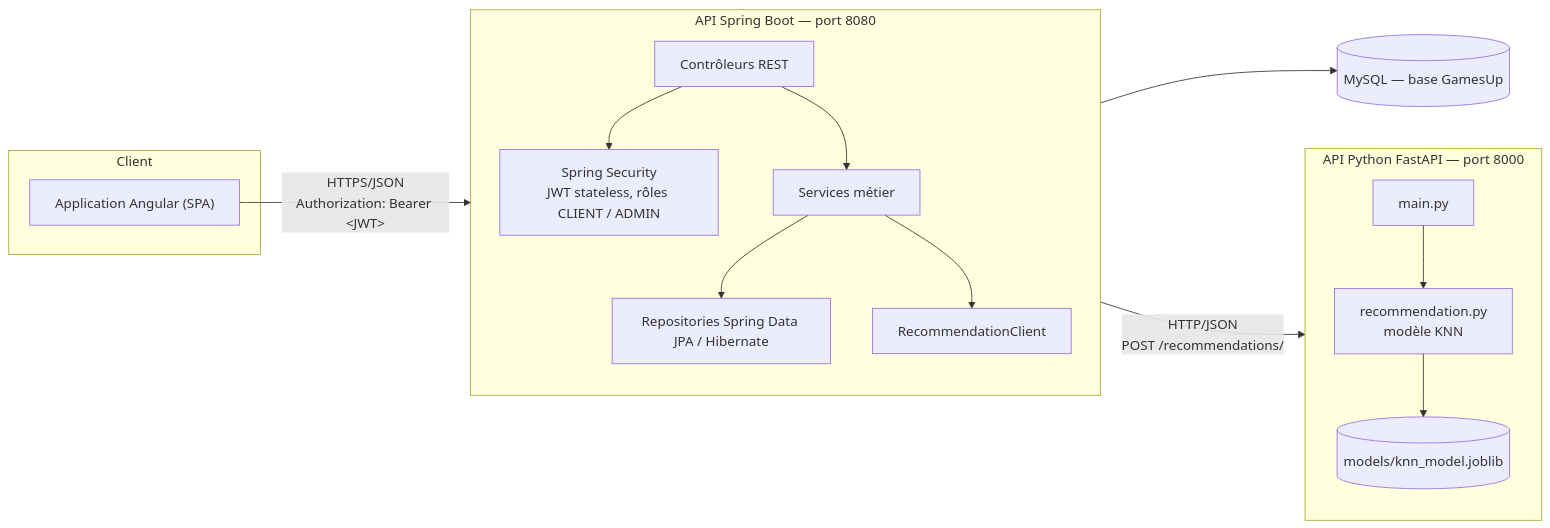
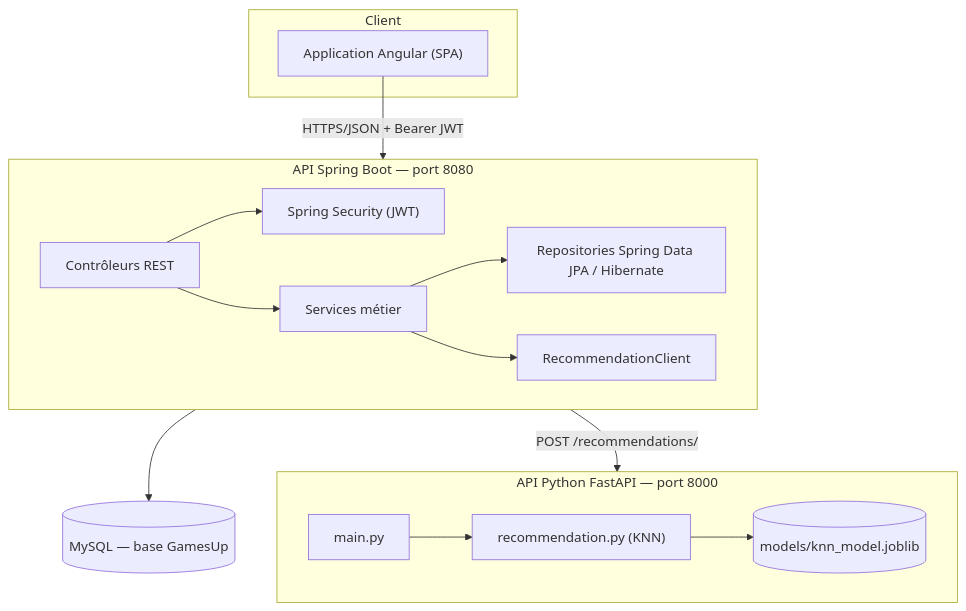
Before and after one commit to Sanbye/gamesup-etude-de-cas: the first of 5 diagrams in docs/06-documentation-finale.md, drawn with Mermaid. The commit also changed other lines of this file and 6 other files, not shown here.

````diff
--- a/docs/06-documentation-finale.md
+++ b/docs/06-documentation-finale.md
@@ -22,34 +24,34 @@
 ```mermaid
-flowchart LR
+flowchart TB
     subgraph Client
         Angular["Application Angular (SPA)"]
     end
 
     subgraph SpringAPI["API Spring Boot — port 8080"]
-        direction TB
-        Security["Spring Security<br/>JWT stateless, rôles CLIENT / ADMIN"]
+        direction LR
+        Security["Spring Security (JWT)"]
         Controllers["Contrôleurs REST"]
         Services["Services métier"]
         Repositories["Repositories Spring Data JPA / Hibernate"]
         RecoClient["RecommendationClient"]
         Controllers --> Security
         Controllers --> Services
         Services --> Repositories
         Services --> RecoClient
     end
 
     subgraph PythonAPI["API Python FastAPI — port 8000"]
-        direction TB
+        direction LR
         FastAPIApp["main.py"]
-        Reco["recommendation.py<br/>modèle KNN"]
+        Reco["recommendation.py (KNN)"]
         ModelFile[("models/knn_model.joblib")]
         FastAPIApp --> Reco
         Reco --> ModelFile
     end
 
     DB[("MySQL — base GamesUp")]
 
-    Angular -- "HTTPS/JSON<br/>Authorization: Bearer &lt;JWT&gt;" --> Controllers
+    Angular -- "HTTPS/JSON + Bearer JWT" --> Controllers
     Repositories --> DB
-    RecoClient -- "HTTP/JSON<br/>POST /recommendations/" --> FastAPIApp
+    RecoClient -- "POST /recommendations/" --> FastAPIApp
 ```
````
